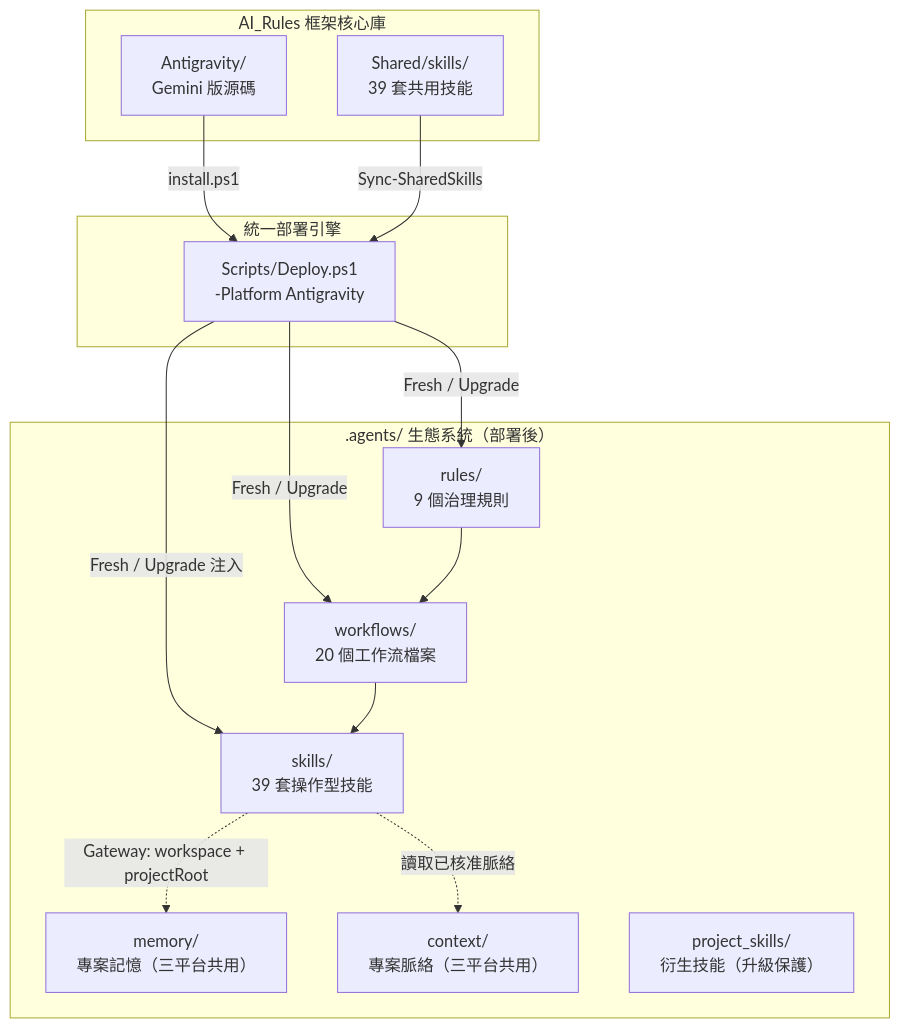
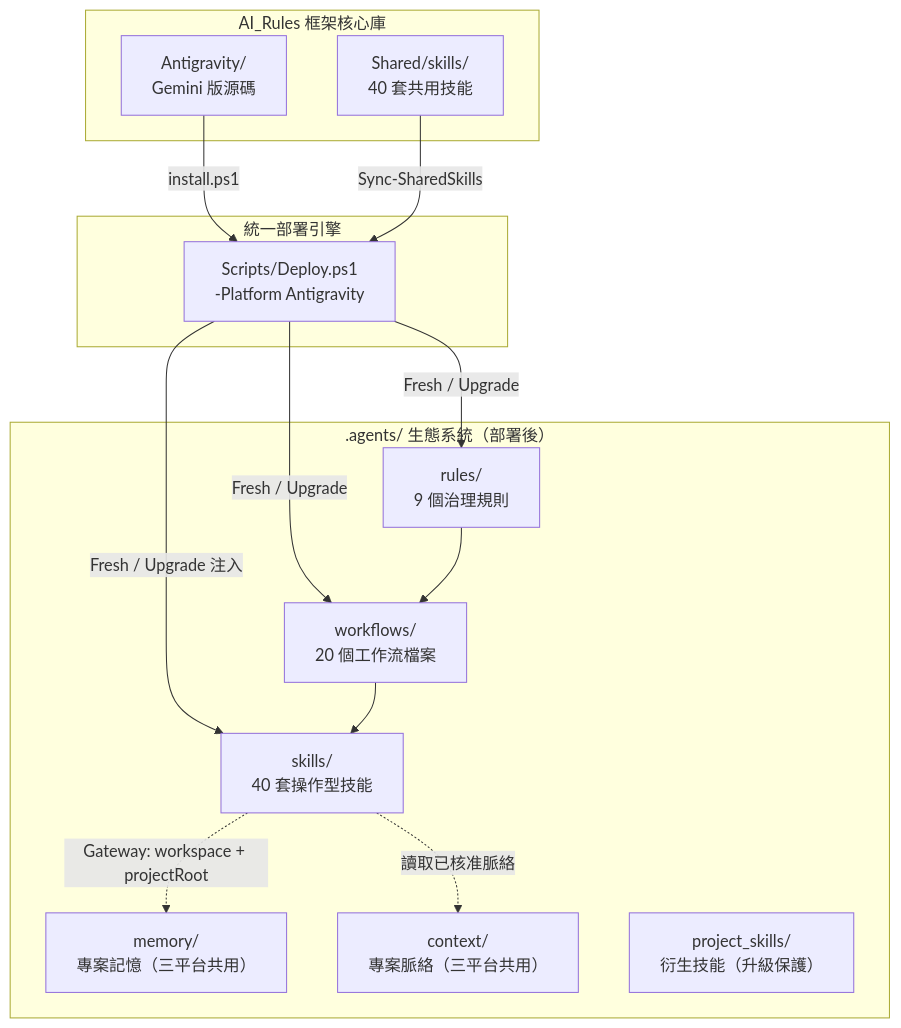
One commit to Kunshao1117/AI_Rules changed the first of 3 diagrams in Antigravity/README.md. Above: the diagram before and after it, drawn with Mermaid. The commit also changed other lines of this file and 18 other files, not shown here.

````diff
--- a/Antigravity/README.md
+++ b/Antigravity/README.md
@@ -81,30 +81,30 @@
 ```mermaid
 graph TB
     subgraph "AI_Rules 框架核心庫"
         SRC["Antigravity/<br/>Gemini 版源碼"]
-        SH["Shared/skills/<br/>39 套共用技能"]
+        SH["Shared/skills/<br/>40 套共用技能"]
     end
 
     subgraph "統一部署引擎"
         DEPLOY["Scripts/Deploy.ps1<br/>-Platform Antigravity"]
     end
 
     subgraph ".agents/ 生態系統（部署後）"
         RULES["rules/<br/>9 個治理規則"]
         WF["workflows/<br/>20 個工作流檔案"]
-        SKILLS["skills/<br/>39 套操作型技能"]
+        SKILLS["skills/<br/>40 套操作型技能"]
         MEM["memory/<br/>專案記憶（三平台共用）"]
         CTX["context/<br/>專案脈絡（三平台共用）"]
         PROJ["project_skills/<br/>衍生技能（升級保護）"]
     end
 
     SRC -->|"install.ps1"| DEPLOY
     SH -->|"Sync-SharedSkills"| DEPLOY
     DEPLOY -->|"Fresh / Upgrade"| RULES
     DEPLOY -->|"Fresh / Upgrade"| WF
     DEPLOY -->|"Fresh / Upgrade 注入"| SKILLS
     RULES --> WF
     WF --> SKILLS
     SKILLS -.->|"Gateway: workspace + projectRoot"| MEM
     SKILLS -.->|"讀取已核准脈絡"| CTX
 ```
````
